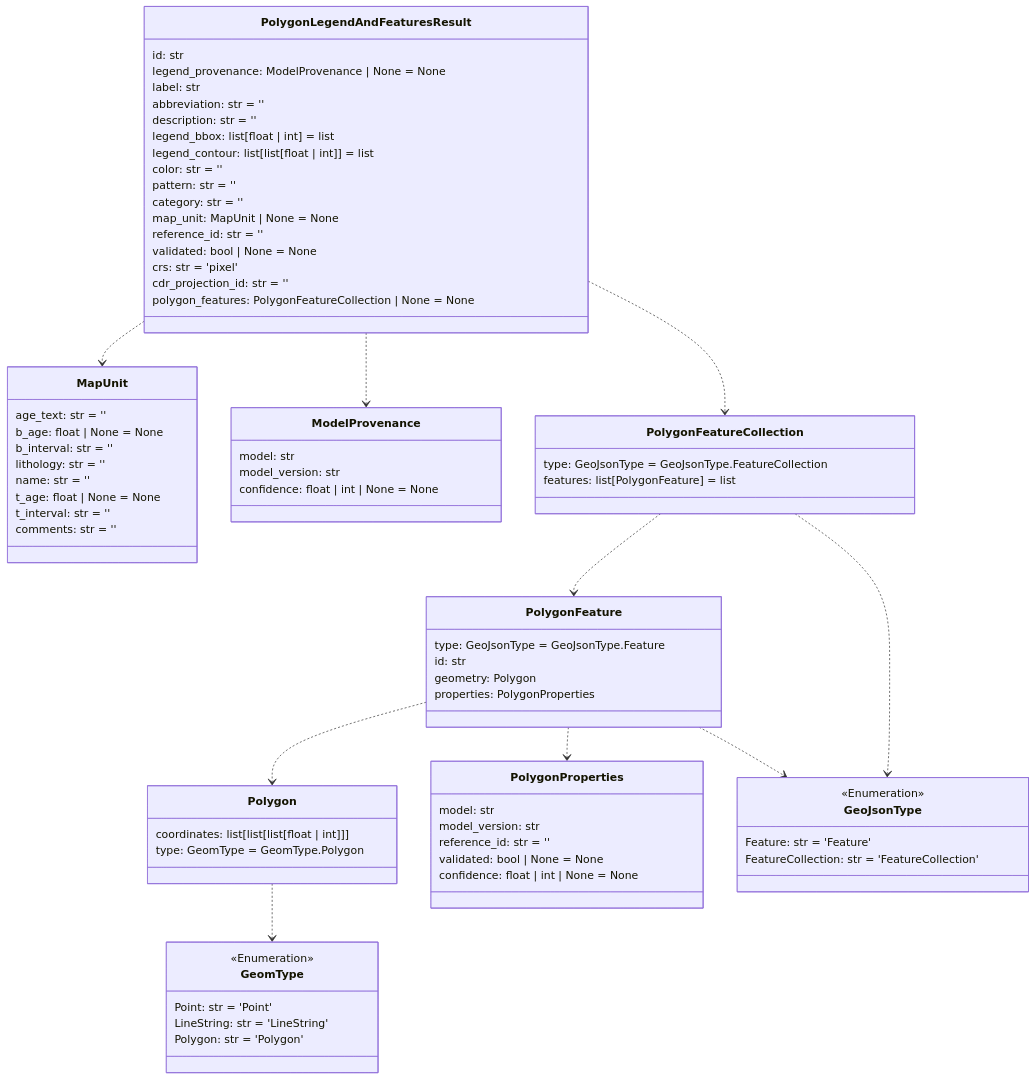
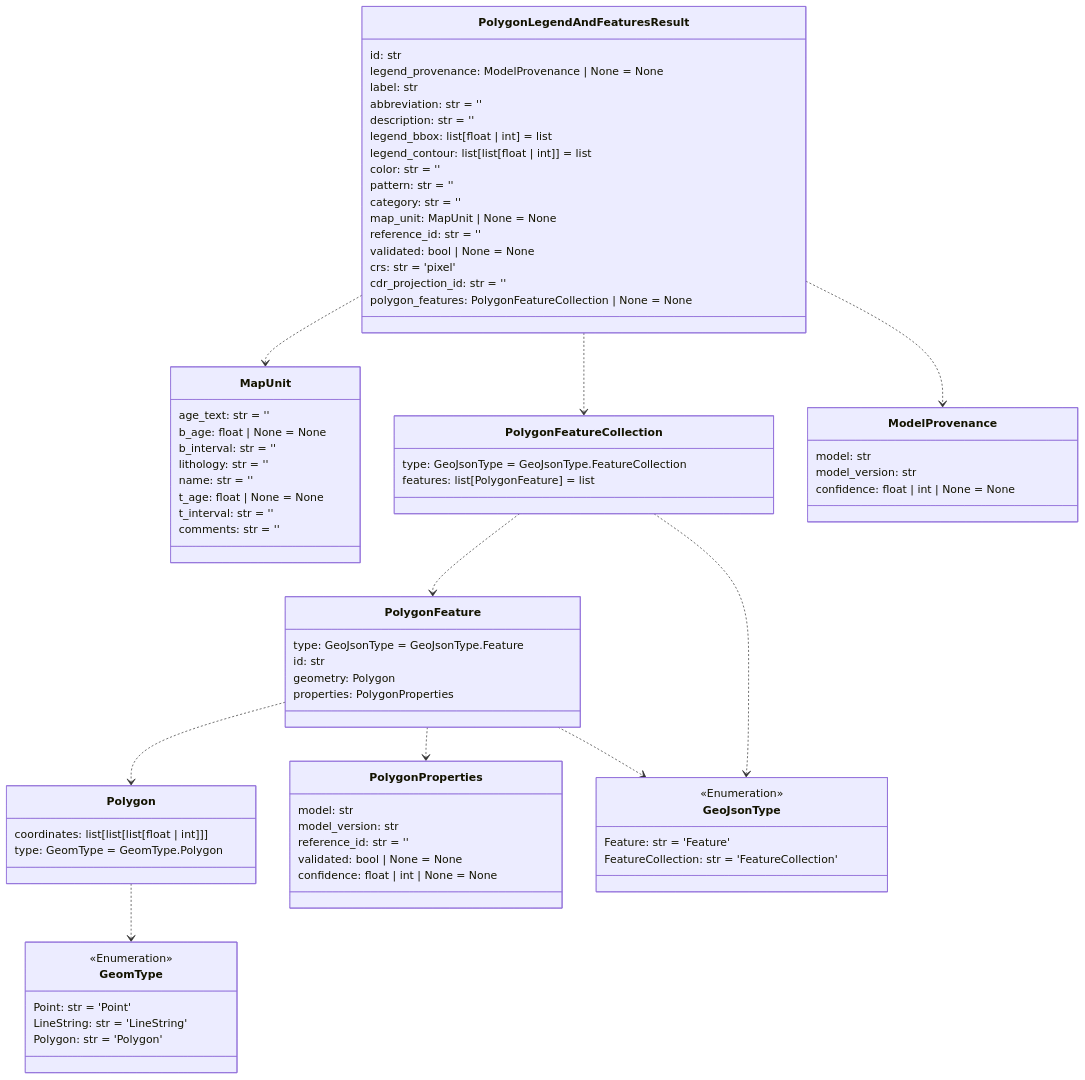
The seventh of 14 diagrams in README.md (DARPA-CRITICALMAAS/cdr_schemas), drawn with Mermaid before and after one commit. The commit also changed other lines of this file and 2 other files, not shown here.

````diff
--- a/README.md
+++ b/README.md
@@ -543,12 +544,5 @@
 ```mermaid
 classDiagram
-
-    class GeomType {
-        <<Enumeration>>
-        Point: str = 'Point'
-        LineString: str = 'LineString'
-        Polygon: str = 'Polygon'
-    }
 
     class MapUnit {
         age_text: str = ''
@@ -561,29 +555,21 @@
         comments: str = ''
     }
 
+    class GeomType {
+        <<Enumeration>>
+        Point: str = 'Point'
+        LineString: str = 'LineString'
+        Polygon: str = 'Polygon'
+    }
+
+    class PolygonFeatureCollection {
+        type: GeoJsonType = GeoJsonType.FeatureCollection
+        features: list[PolygonFeature] = list
+    }
+
     class ModelProvenance {
         model: str
         model_version: str
-        confidence: float | int | None = None
-    }
-
-    class PolygonFeature {
-        type: GeoJsonType = GeoJsonType.Feature
-        id: str
-        geometry: Polygon
-        properties: PolygonProperties
-    }
-
-    class Polygon {
-        coordinates: list[list[list[float | int]]]
-        type: GeomType = GeomType.Polygon
-    }
-
-    class PolygonProperties {
-        model: str
-        model_version: str
-        reference_id: str = ''
-        validated: bool | None = None
         confidence: float | int | None = None
     }
 
@@ -606,9 +592,24 @@
         polygon_features: PolygonFeatureCollection | None = None
     }
 
-    class PolygonFeatureCollection {
-        type: GeoJsonType = GeoJsonType.FeatureCollection
-        features: list[PolygonFeature] = list
+    class Polygon {
+        coordinates: list[list[list[float | int]]]
+        type: GeomType = GeomType.Polygon
+    }
+
+    class PolygonFeature {
+        type: GeoJsonType = GeoJsonType.Feature
+        id: str
+        geometry: Polygon
+        properties: PolygonProperties
+    }
+
+    class PolygonProperties {
+        model: str
+        model_version: str
+        reference_id: str = ''
+        validated: bool | None = None
+        confidence: float | int | None = None
     }
 
     class GeoJsonType {
@@ -619,13 +620,13 @@
 
     Polygon ..> GeomType
     PolygonFeature ..> Polygon
+    PolygonFeature ..> GeoJsonType
     PolygonFeature ..> PolygonProperties
-    PolygonFeature ..> GeoJsonType
+    PolygonFeatureCollection ..> PolygonFeature
     PolygonFeatureCollection ..> GeoJsonType
-    PolygonFeatureCollection ..> PolygonFeature
     PolygonLegendAndFeaturesResult ..> PolygonFeatureCollection
+    PolygonLegendAndFeaturesResult ..> ModelProvenance
     PolygonLegendAndFeaturesResult ..> MapUnit
-    PolygonLegendAndFeaturesResult ..> ModelProvenance
 
 
 ```
````
